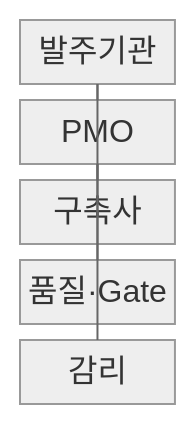
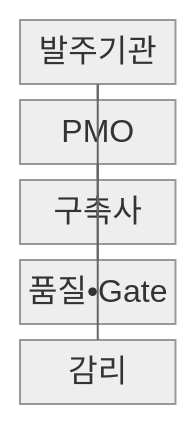
The first of 2 diagrams in src/content/docs/notes/03-software/191_pmo.md (agnusdei1207/knowledge-base), drawn with Mermaid (neutral theme) before and after one commit. The commit also changed other lines of this file and 953 other files, not shown here.

````diff
--- a/src/content/docs/notes/03-software/191_pmo.md
+++ b/src/content/docs/notes/03-software/191_pmo.md
@@ -66,13 +66,13 @@
 ```mermaid
 block
     columns 1
     A["발주기관"]
     B["PMO"]
     C["구축사"]
-    D["품질·Gate"]
+    D["품질•Gate"]
     E["감리"]
     A --- B
     B --- C
     B --- D
     A --- E
 ```
````
